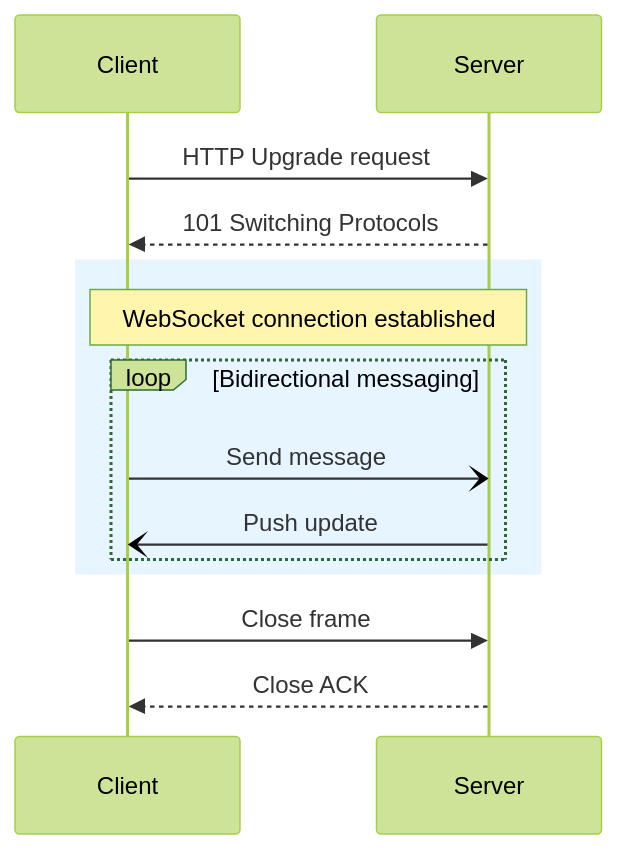
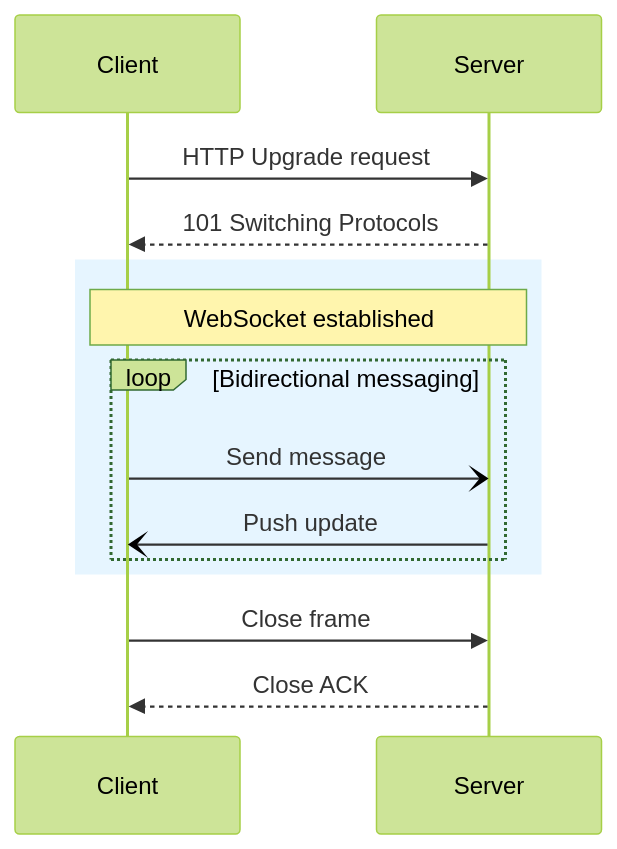
Before and after one commit to marcusquinn/aidevops: the eighth of 10 diagrams in .agents/tools/diagrams/mermaid-diagrams-skill/sequence.md, drawn with Mermaid (forest theme). The commit also changed other lines of this file, not shown here.

First line of the commit message:
refactor: tighten sequence.md from 408 to 240 lines (41% reduction)

````diff
--- a/.agents/tools/diagrams/mermaid-diagrams-skill/sequence.md
+++ b/.agents/tools/diagrams/mermaid-diagrams-skill/sequence.md
@@ -305,19 +167,19 @@
 ```mermaid
 sequenceDiagram
     participant C as Client
     participant S as Server
 
     C->>S: HTTP Upgrade request
     S-->>C: 101 Switching Protocols
 
     rect rgb(230, 245, 255)
-        Note over C,S: WebSocket connection established
+        Note over C,S: WebSocket established
         loop Bidirectional messaging
             C-)S: Send message
             S-)C: Push update
         end
     end
 
     C->>S: Close frame
     S-->>C: Close ACK
 ```
````
